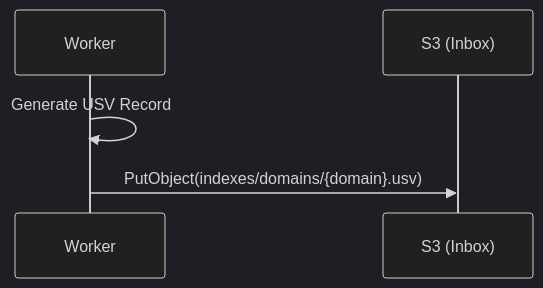
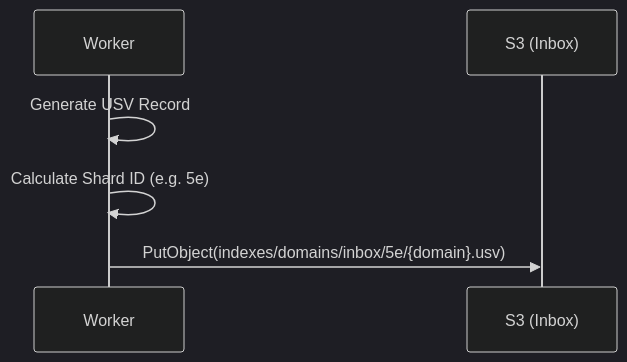
Before and after one commit to bizkite-co/cocli: the first of 2 diagrams in docs/adr/013-deterministic-hash-sharded-index/README.md, drawn with Mermaid (dark theme). The commit also changed other lines of this file and 42 other files, not shown here.

````diff
--- a/docs/adr/013-deterministic-hash-sharded-index/README.md
+++ b/docs/adr/013-deterministic-hash-sharded-index/README.md
@@ -62,8 +69,9 @@
 ```mermaid
 sequenceDiagram
     participant W as Worker
     participant S3 as S3 (Inbox)
     
     W->>W: Generate USV Record
-    W->>S3: PutObject(indexes/domains/{domain}.usv)
+    W->>W: Calculate Shard ID (e.g. 5e)
+    W->>S3: PutObject(indexes/domains/inbox/5e/{domain}.usv)
 ```
````
